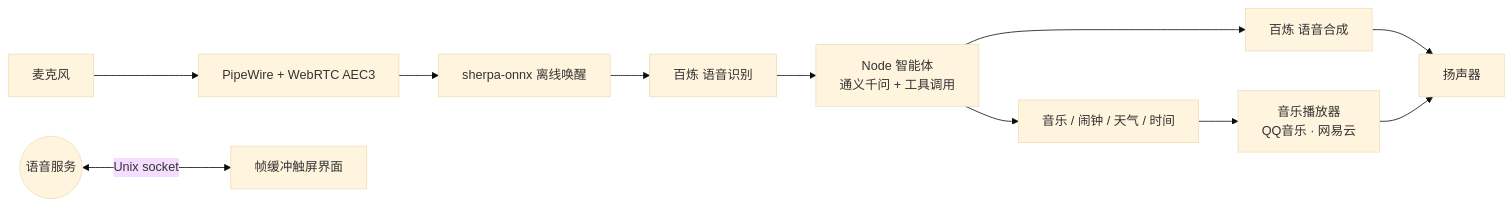
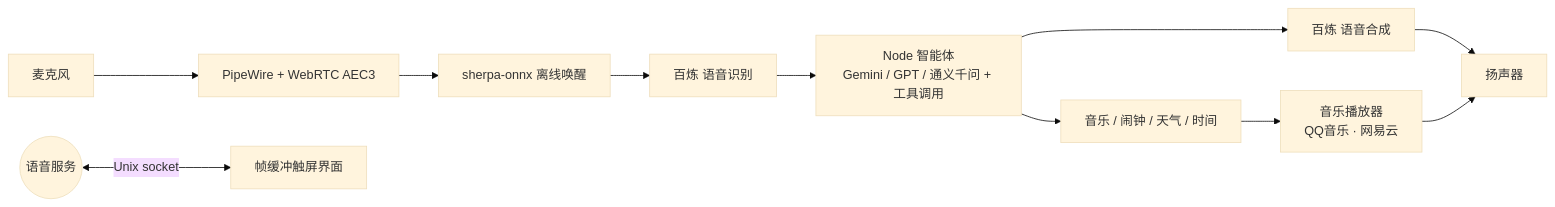
Before and after one commit to guge2/thinksmart-view-assistant: the diagram in README.md, drawn with Mermaid (base theme). The commit also changed other lines of this file and 17 other files, not shown here.

````diff
--- a/README.md
+++ b/README.md
@@ -35,13 +36,13 @@
 ```mermaid
 flowchart LR
     Mic[麦克风] --> AEC[PipeWire + WebRTC AEC3]
     AEC --> KWS[sherpa-onnx 离线唤醒]
     KWS --> ASR[百炼 语音识别]
-    ASR --> Agent[Node 智能体<br/>通义千问 + 工具调用]
+    ASR --> Agent[Node 智能体<br/>Gemini / GPT / 通义千问 + 工具调用]
     Agent --> Tools[音乐 / 闹钟 / 天气 / 时间]
     Agent --> TTS[百炼 语音合成]
     TTS --> Speaker[扬声器]
     Tools --> Music[音乐播放器<br/>QQ音乐 · 网易云]
     Music --> Speaker
     Voice((语音服务)) <-- Unix socket --> UI[帧缓冲触屏界面]
 ```
````
